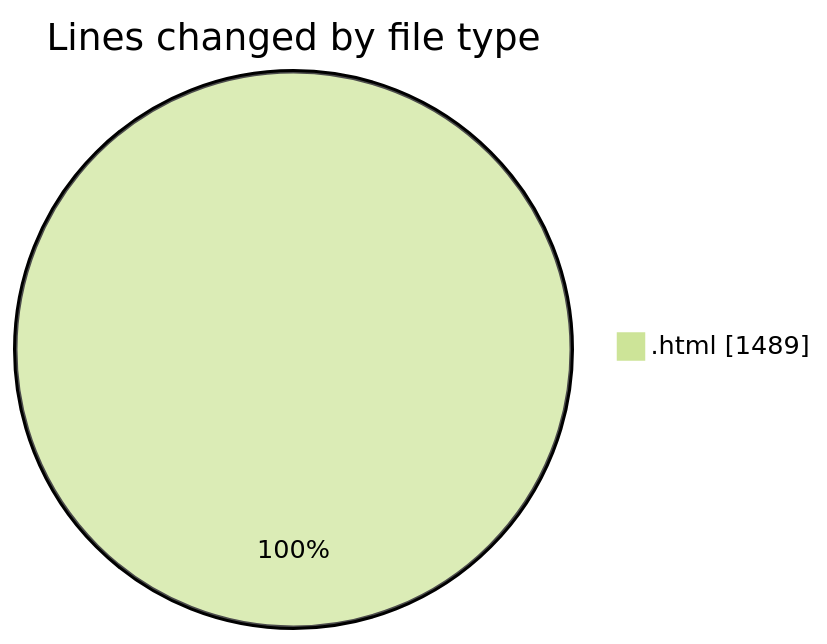
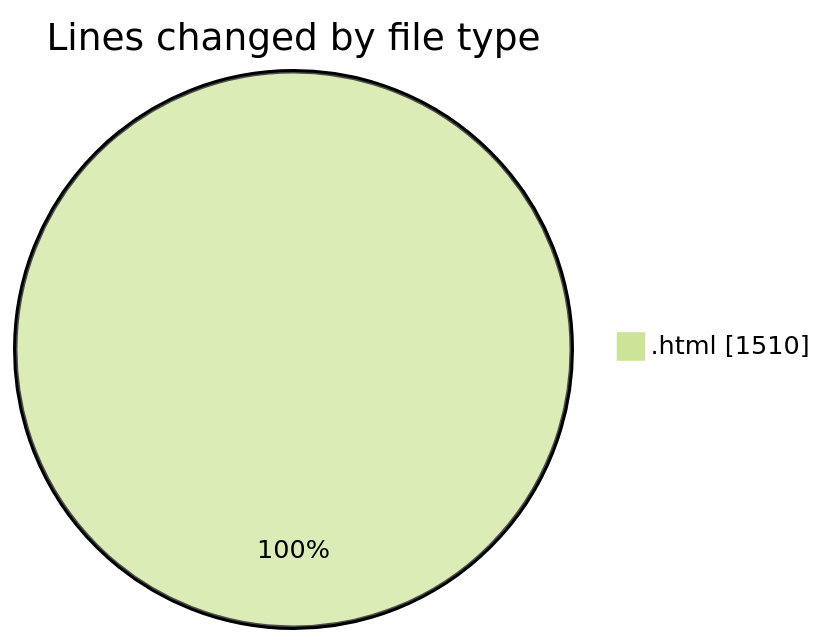
Before and after one commit to Ritupan-Deka/code-tracking: the first of 2 diagrams in 2025-06-17/projects/README.md, drawn with Mermaid (forest theme). The commit also changed other lines of this file and 1 other file, not shown here.

````diff
--- a/2025-06-17/projects/README.md
+++ b/2025-06-17/projects/README.md
@@ -20,5 +20,5 @@
 ```mermaid
 pie showData
 title Lines changed by file type
-".html" : 1489
+".html" : 1510
 ```
````
